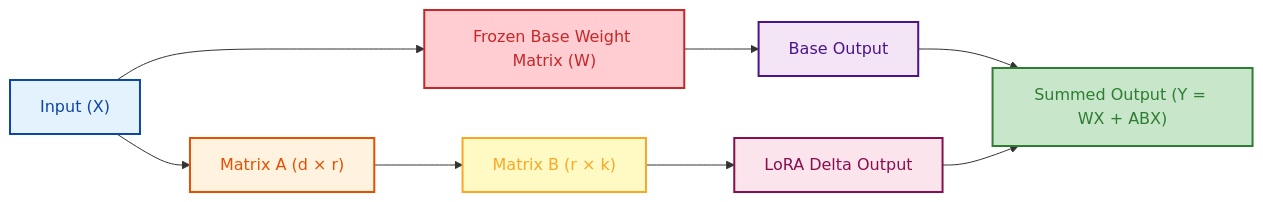
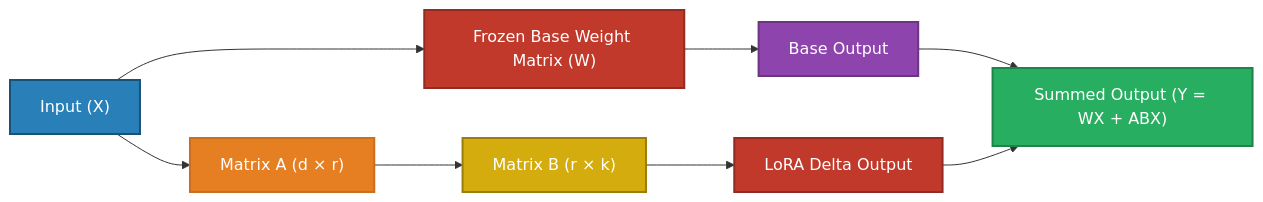
Before and after one commit to GyanendraChaubey/AI-Engineering-Notes: the second of 2 diagrams in docs/08-fine-tuning/README.md, drawn with Mermaid. The commit also changed other lines of this file and 15 other files, not shown here.

Commit message:
style: replace all Mermaid diagram colors with saturated palette + white text for dark mode compatibility (321 changes across 16 files)

````diff
--- a/docs/08-fine-tuning/README.md
+++ b/docs/08-fine-tuning/README.md
@@ -116,20 +116,20 @@
 ```mermaid
 flowchart LR
     A["Input (X)"] --> B["Frozen Base Weight Matrix (W)"]
     A --> C["Matrix A (d × r)"]
     
     C --> D["Matrix B (r × k)"]
     
     B --> E["Base Output"]
     D --> F["LoRA Delta Output"]
     
     E --> G["Summed Output (Y = WX + ABX)"]
     F --> G
-    style A fill:#e3f2fd,stroke:#0d47a1,stroke-width:2px,color:#0d47a1
-    style B fill:#ffcdd2,stroke:#c62828,stroke-width:2px,color:#c62828
-    style C fill:#fff3e0,stroke:#e65100,stroke-width:2px,color:#e65100
-    style D fill:#fff9c4,stroke:#f9a825,stroke-width:2px,color:#f9a825
-    style E fill:#f3e5f5,stroke:#4a148c,stroke-width:2px,color:#4a148c
-    style F fill:#fce4ec,stroke:#880e4f,stroke-width:2px,color:#880e4f
-    style G fill:#c8e6c9,stroke:#2e7d32,stroke-width:2px,color:#2e7d32
+    style A fill:#2980B9,stroke:#1A5276,stroke-width:2px,color:#FFFFFF
+    style B fill:#C0392B,stroke:#922B21,stroke-width:2px,color:#FFFFFF
+    style C fill:#E67E22,stroke:#CA6F1E,stroke-width:2px,color:#FFFFFF
+    style D fill:#D4AC0D,stroke:#9A7D0A,stroke-width:2px,color:#FFFFFF
+    style E fill:#8E44AD,stroke:#6C3483,stroke-width:2px,color:#FFFFFF
+    style F fill:#C0392B,stroke:#922B21,stroke-width:2px,color:#FFFFFF
+    style G fill:#27AE60,stroke:#1E8449,stroke-width:2px,color:#FFFFFF
 ```
````
